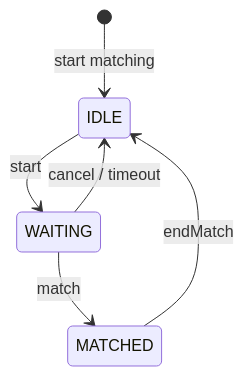
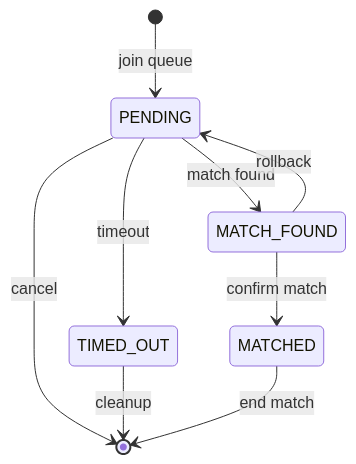
The diagram in matching-service/docs/README.md (CS3219-AY2526S2/peerprep-g11), drawn with Mermaid before and after one commit. The commit also changed other lines of this file, not shown here.

Commit message:
docs(readme): update system design and architecture details

````diff
--- a/matching-service/docs/README.md
+++ b/matching-service/docs/README.md
@@ -50,8 +50,11 @@
 ```mermaid
 stateDiagram
-    [*] --> IDLE : start matching
-    IDLE --> WAITING : start
-    WAITING --> MATCHED : match
-    WAITING --> IDLE : cancel / timeout
-    MATCHED --> IDLE : endMatch
+    [*] --> PENDING : join queue
+    PENDING --> MATCH_FOUND: match found
+    PENDING --> [*] : cancel
+    PENDING --> TIMED_OUT : timeout
+    TIMED_OUT --> [*] : cleanup
+    MATCH_FOUND --> MATCHED : confirm match
+    MATCH_FOUND --> PENDING : rollback
+    MATCHED --> [*] : end match
 ```
````
